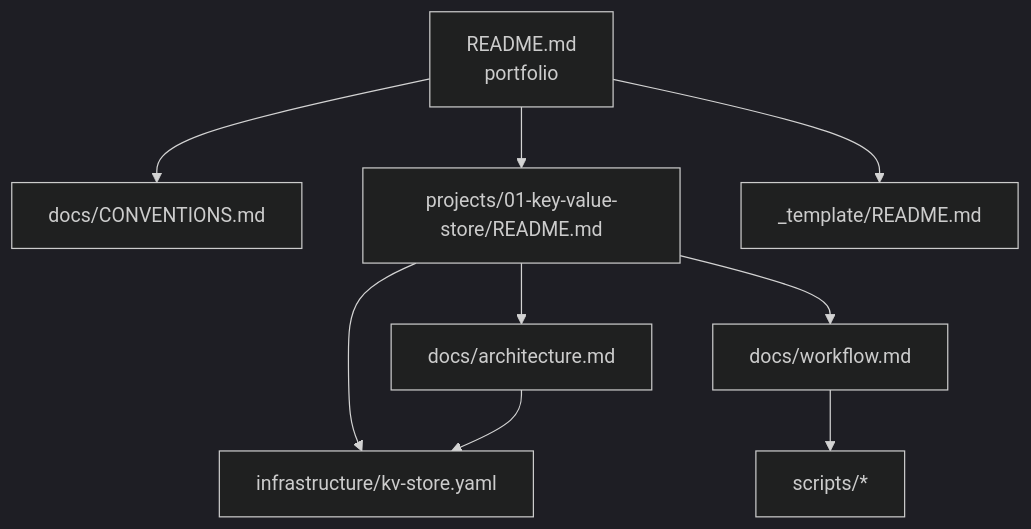
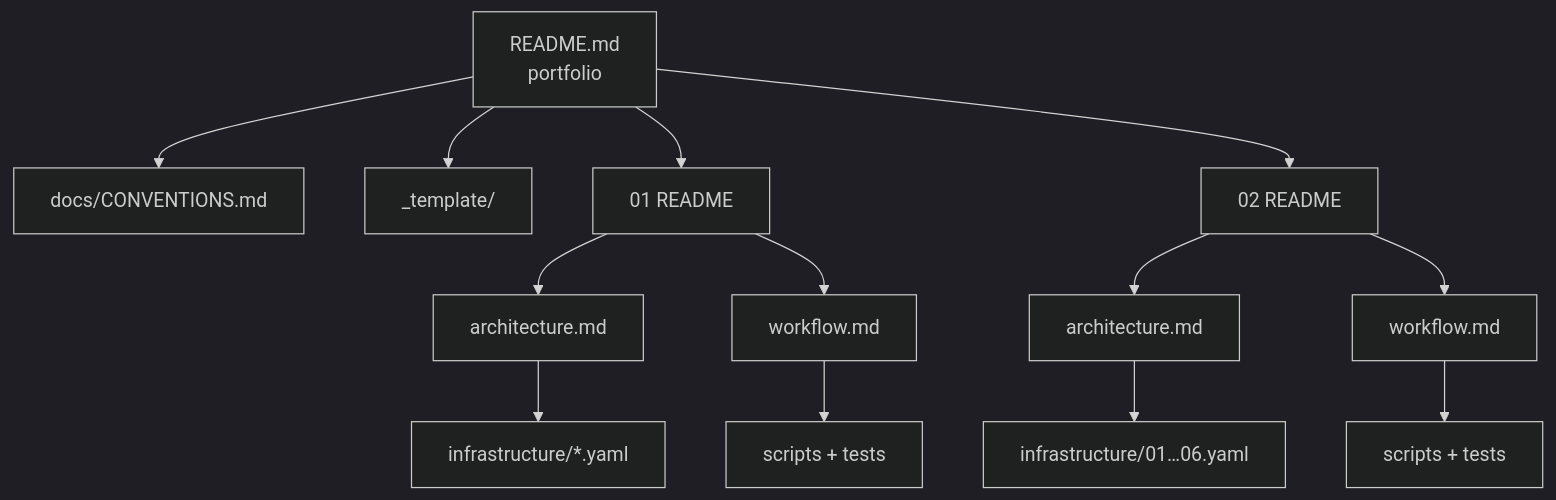
Before and after one commit to TareDevarsh/AWS-cloudformation-projects: the third of 3 diagrams in README.md, drawn with Mermaid (dark theme). The commit also changed other lines of this file and 16 other files, not shown here.

Commit message:
Adopt src/ + tests/ layout, AWS-icon diagrams, badges, linked portfolio map

````diff
--- a/README.md
+++ b/README.md
@@ -78,11 +104,13 @@
 ```mermaid
 graph TD
     R[README.md<br/>portfolio] --> C[docs/CONVENTIONS.md]
-    R --> P1[projects/01-key-value-store/README.md]
-    P1 --> A1[docs/architecture.md]
-    P1 --> W1[docs/workflow.md]
-    P1 --> I1[infrastructure/kv-store.yaml]
-    A1 --> I1
-    W1 --> S1[scripts/*]
-    R --> T[_template/README.md]
+    R --> T[_template/]
+    R --> P1[01 README]
+    R --> P2[02 README]
+    P1 --> A1[architecture.md] & W1[workflow.md]
+    P2 --> A2[architecture.md] & W2[workflow.md]
+    A1 --> I1[infrastructure/*.yaml]
+    A2 --> I2[infrastructure/01…06.yaml]
+    W1 --> S1[scripts + tests]
+    W2 --> S2[scripts + tests]
 ```
````
